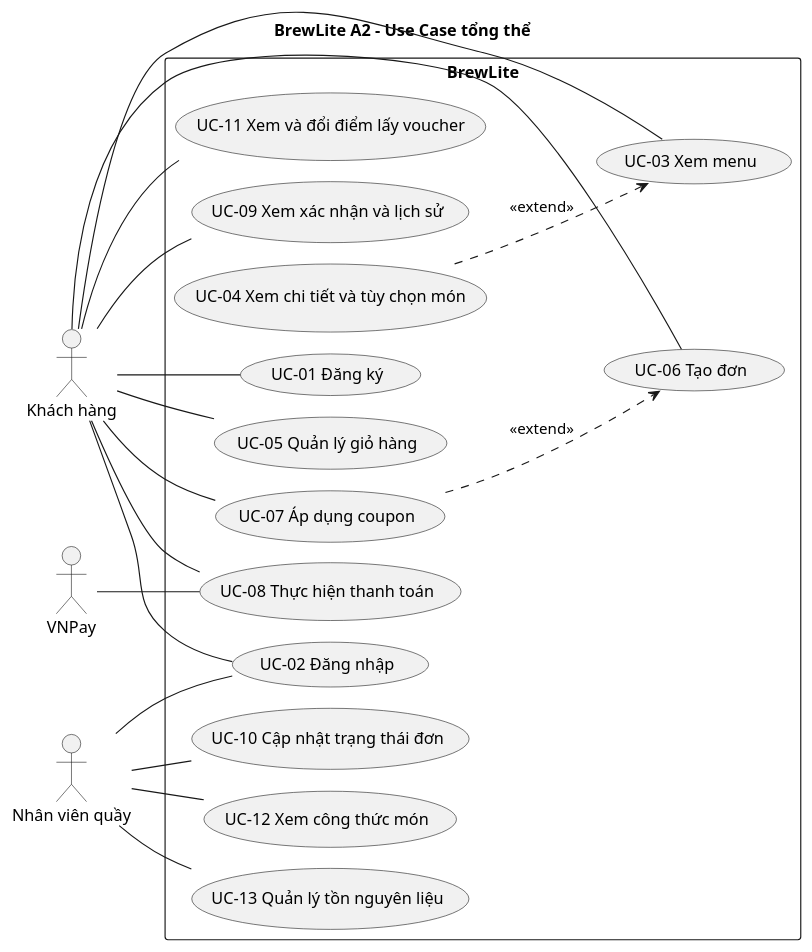
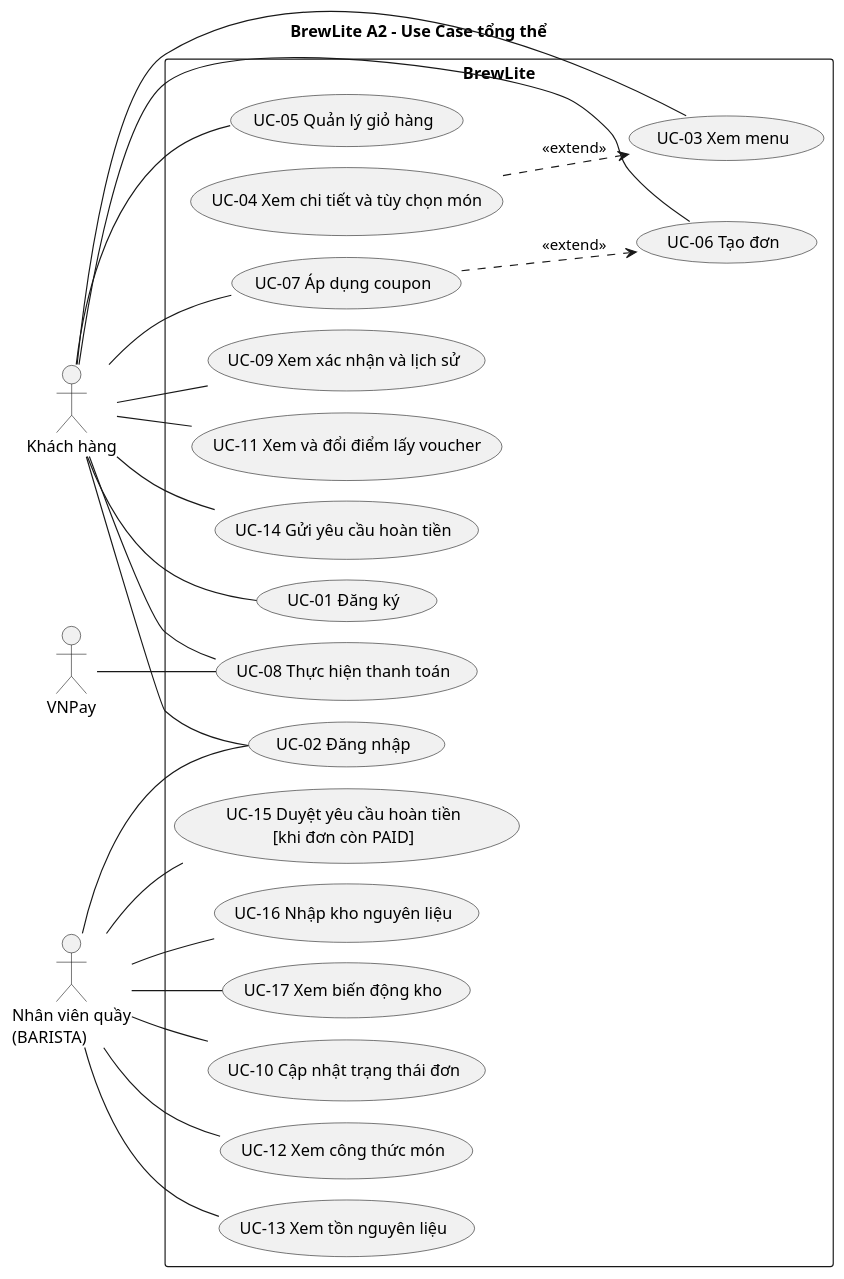
Before and after one commit to Fatcatmmb-sudo/BrewLite_A2: the diagram in docs/diagrams/use-case-overview.puml, drawn with PlantUML. The commit also changed 31 other files, not shown here.

```diff
--- a/docs/diagrams/use-case-overview.puml
+++ b/docs/diagrams/use-case-overview.puml
@@ -1,41 +1,49 @@
 @startuml
 !pragma layout smetana
 left to right direction
 title BrewLite A2 - Use Case tổng thể
 skinparam defaultFontName Arial
 skinparam shadowing false
 actor "Khách hàng" as Customer
-actor "Nhân viên quầy" as Staff
+actor "Nhân viên quầy\n(BARISTA)" as Staff
 actor "VNPay" as Gateway
 rectangle "BrewLite" {
   usecase "UC-01 Đăng ký" as UC01
   usecase "UC-02 Đăng nhập" as UC02
   usecase "UC-03 Xem menu" as UC03
   usecase "UC-04 Xem chi tiết và tùy chọn món" as UC04
   usecase "UC-05 Quản lý giỏ hàng" as UC05
   usecase "UC-06 Tạo đơn" as UC06
   usecase "UC-07 Áp dụng coupon" as UC07
   usecase "UC-08 Thực hiện thanh toán" as UC08
   usecase "UC-09 Xem xác nhận và lịch sử" as UC09
   usecase "UC-10 Cập nhật trạng thái đơn" as UC10
   usecase "UC-11 Xem và đổi điểm lấy voucher" as UC11
   usecase "UC-12 Xem công thức món" as UC12
-  usecase "UC-13 Quản lý tồn nguyên liệu" as UC13
+  usecase "UC-13 Xem tồn nguyên liệu" as UC13
+  usecase "UC-14 Gửi yêu cầu hoàn tiền" as UC14
+  usecase "UC-15 Duyệt yêu cầu hoàn tiền\n[khi đơn còn PAID]" as UC15
+  usecase "UC-16 Nhập kho nguyên liệu" as UC16
+  usecase "UC-17 Xem biến động kho" as UC17
 }
 Customer -- UC01
 Customer -- UC02
 Customer -- UC03
 Customer -- UC05
 Customer -- UC06
 Customer -- UC07
 Customer -- UC08
 Customer -- UC09
 Customer -- UC11
+Customer -- UC14
 Staff -- UC02
 Staff -- UC10
 Staff -- UC12
 Staff -- UC13
+Staff -- UC15
+Staff -- UC16
+Staff -- UC17
 Gateway -- UC08
 UC04 ..> UC03 : <<extend>>
 UC07 ..> UC06 : <<extend>>
 @enduml
```
